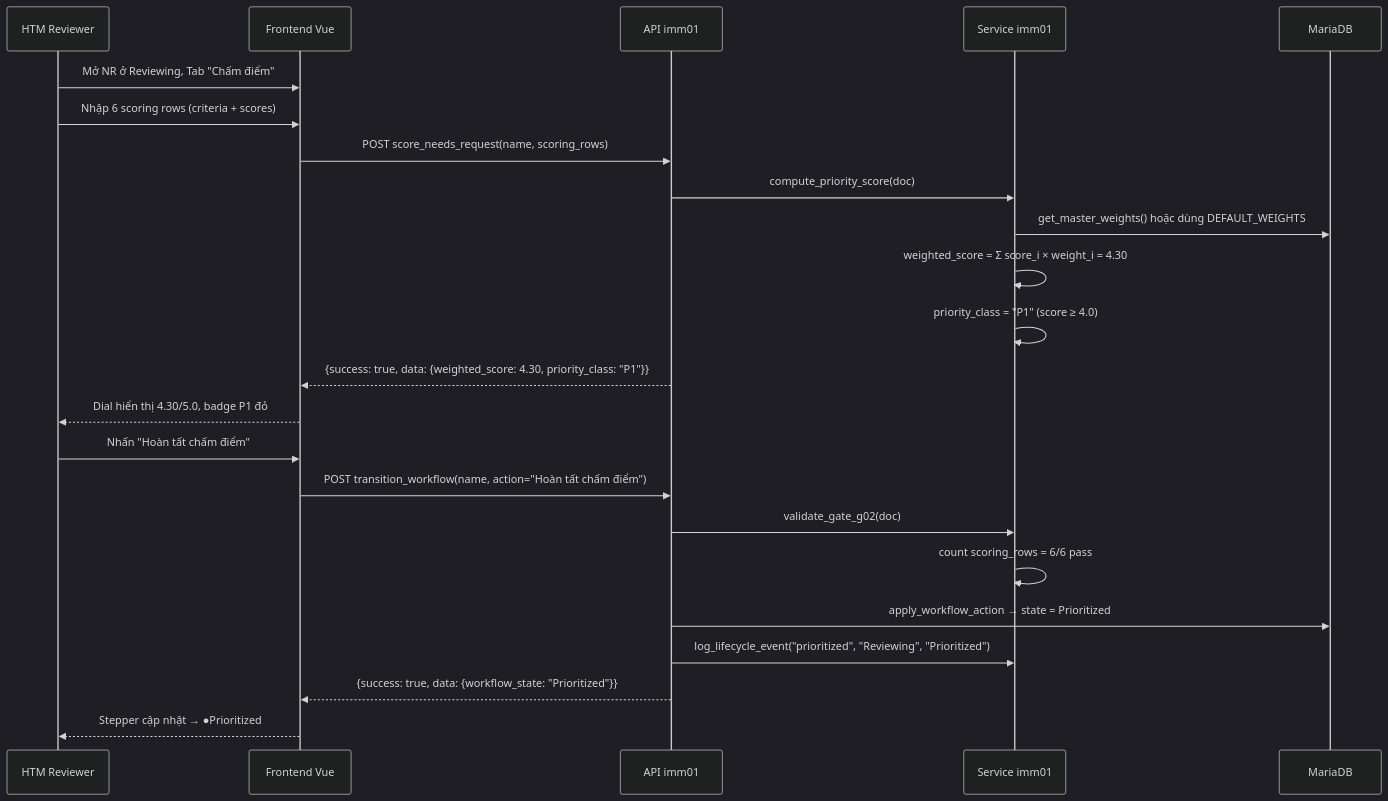
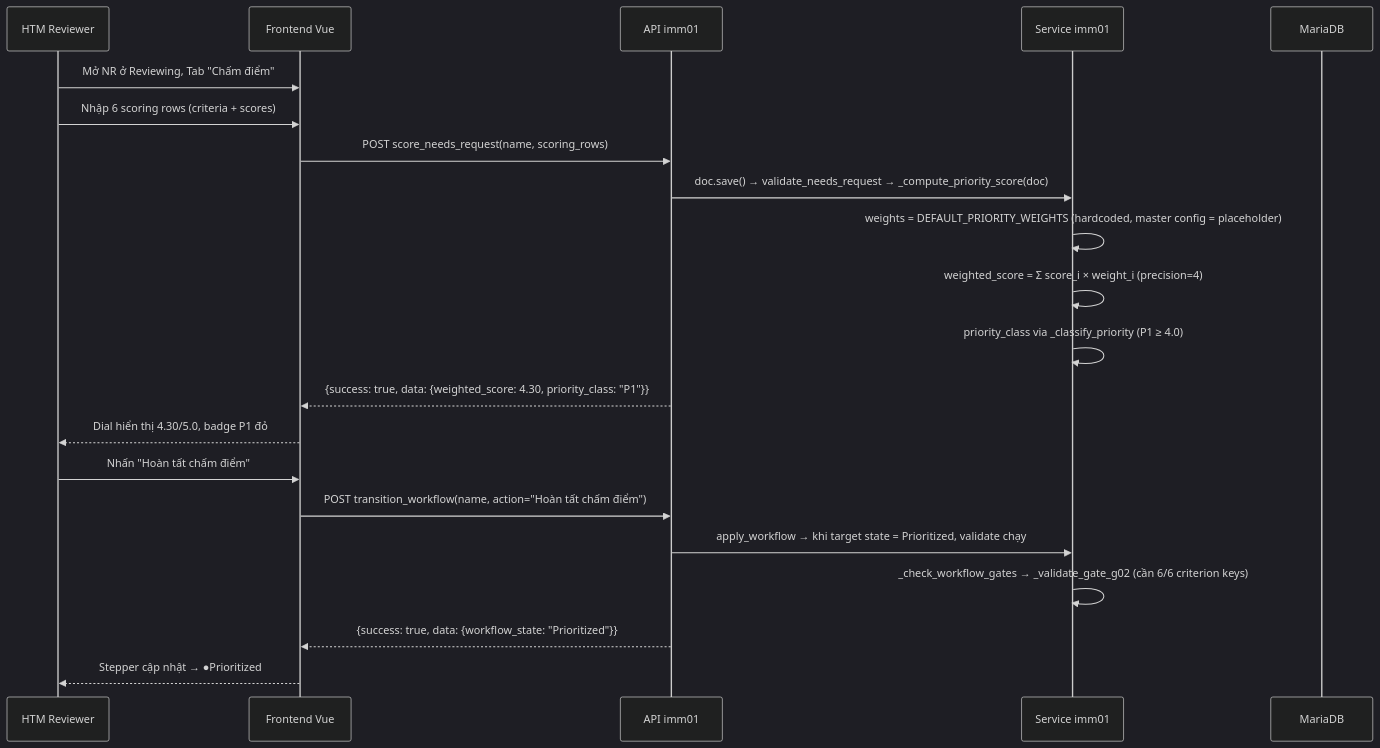
One commit to mvl26/Assetcore changed the fourth of 5 diagrams in docs/imm-01/03_Diagrams.md. Above: the diagram before and after it, drawn with Mermaid (dark theme). The commit also changed other lines of this file and 180 other files, not shown here.

````diff
--- a/docs/imm-01/03_Diagrams.md
+++ b/docs/imm-01/03_Diagrams.md
@@ -271,27 +296,25 @@
 ```mermaid
 sequenceDiagram
     participant HTM as HTM Reviewer
     participant FE as Frontend Vue
     participant API as API imm01
     participant SVC as Service imm01
     participant DB as MariaDB
 
     HTM->>FE: Mở NR ở Reviewing, Tab "Chấm điểm"
     HTM->>FE: Nhập 6 scoring rows (criteria + scores)
     FE->>API: POST score_needs_request(name, scoring_rows)
-    API->>SVC: compute_priority_score(doc)
-    SVC->>DB: get_master_weights() hoặc dùng DEFAULT_WEIGHTS
-    SVC->>SVC: weighted_score = Σ score_i × weight_i = 4.30
-    SVC->>SVC: priority_class = "P1" (score ≥ 4.0)
+    API->>SVC: doc.save() → validate_needs_request → _compute_priority_score(doc)
+    SVC->>SVC: weights = DEFAULT_PRIORITY_WEIGHTS (hardcoded, master config = placeholder)
+    SVC->>SVC: weighted_score = Σ score_i × weight_i (precision=4)
+    SVC->>SVC: priority_class via _classify_priority (P1 ≥ 4.0)
     API-->>FE: {success: true, data: {weighted_score: 4.30, priority_class: "P1"}}
     FE-->>HTM: Dial hiển thị 4.30/5.0, badge P1 đỏ
 
     HTM->>FE: Nhấn "Hoàn tất chấm điểm"
     FE->>API: POST transition_workflow(name, action="Hoàn tất chấm điểm")
-    API->>SVC: validate_gate_g02(doc)
-    SVC->>SVC: count scoring_rows = 6/6 pass
-    API->>DB: apply_workflow_action → state = Prioritized
-    API->>SVC: log_lifecycle_event("prioritized", "Reviewing", "Prioritized")
+    API->>SVC: apply_workflow → khi target state = Prioritized, validate chạy
+    SVC->>SVC: _check_workflow_gates → _validate_gate_g02 (cần 6/6 criterion keys)
     API-->>FE: {success: true, data: {workflow_state: "Prioritized"}}
     FE-->>HTM: Stepper cập nhật → ●Prioritized
 ```
````
